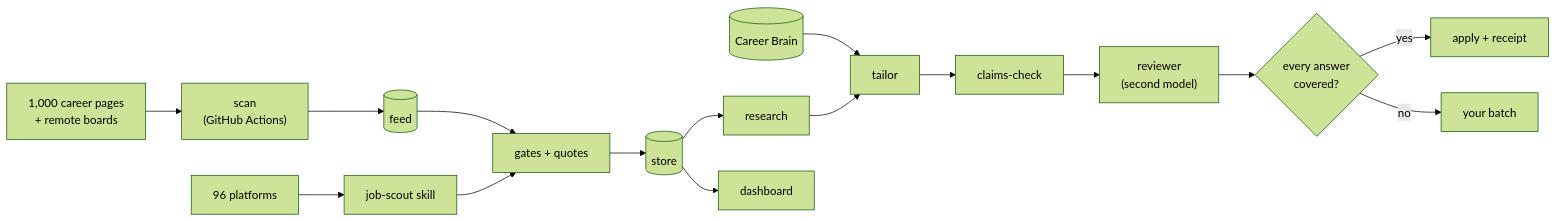
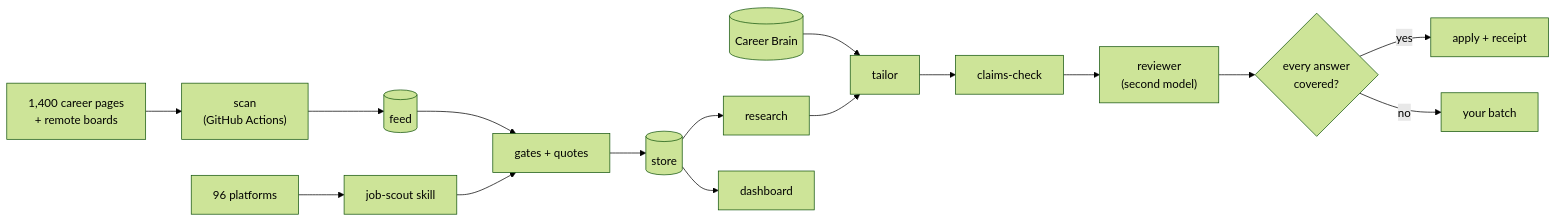
The diagram in README.md (VishStack01/careeros), drawn with Mermaid (forest theme) before and after one commit. The commit also changed other lines of this file and 3 other files, not shown here.

````diff
--- a/README.md
+++ b/README.md
@@ -72,11 +95,11 @@
 ```mermaid
 flowchart LR
-  ATS["1,000 career pages<br/>+ remote boards"] --> Scan["scan<br/>(GitHub Actions)"] --> Feed[("feed")] --> Gates["gates + quotes"] --> Store[("store")]
+  ATS["1,400 career pages<br/>+ remote boards"] --> Scan["scan<br/>(GitHub Actions)"] --> Feed[("feed")] --> Gates["gates + quotes"] --> Store[("store")]
   Boards["96 platforms"] --> Agent["job-scout skill"] --> Gates
   Brain[("Career Brain")] --> Tailor["tailor"]
   Store --> Research["research"] --> Tailor --> Claims["claims-check"] --> Review["reviewer<br/>(second model)"]
   Review --> Apply{"every answer<br/>covered?"}
   Apply -- yes --> Submit["apply + receipt"]
   Apply -- no --> You["your batch"]
   Store --> Dash["dashboard"]
 ```
````
